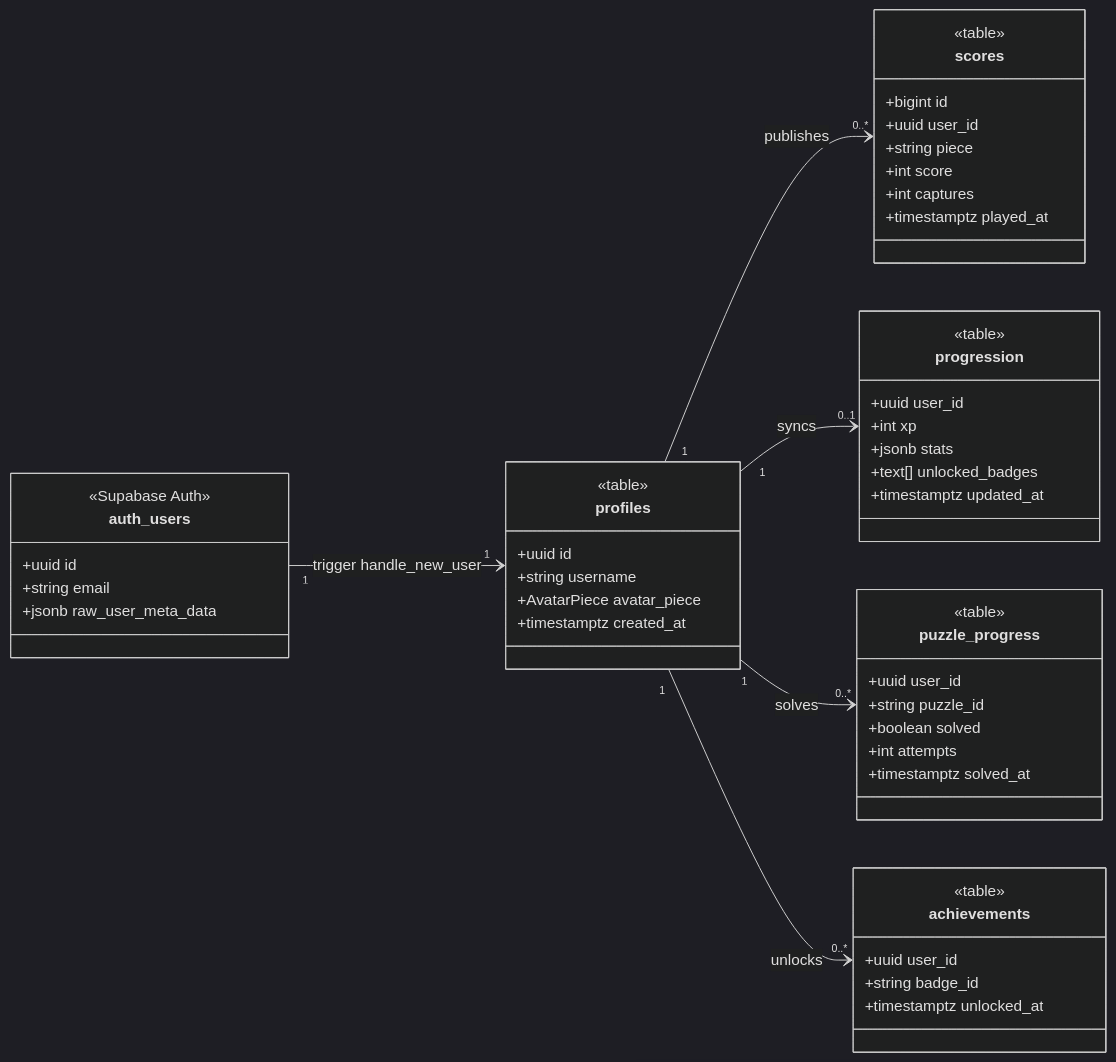
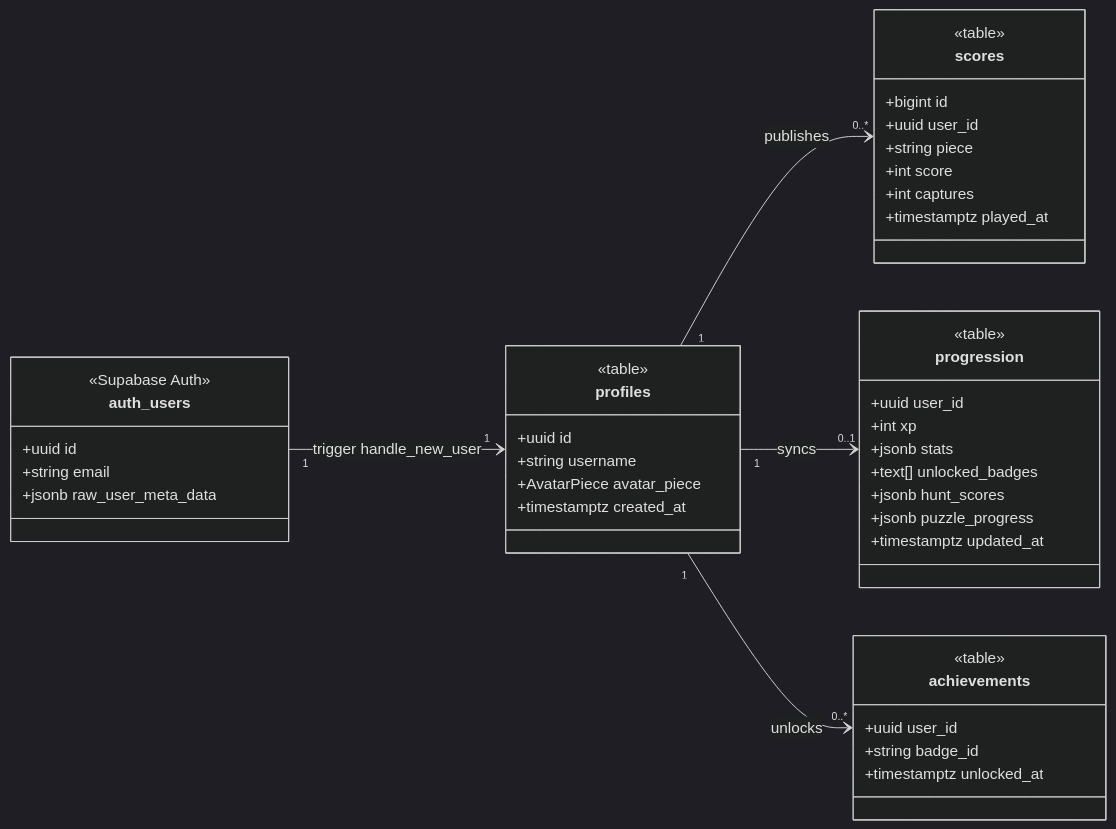
Before and after one commit to Amayyas/ChessTrainer: the fourth of 4 diagrams in docs/architecture.md, drawn with Mermaid (dark theme). The commit also changed other lines of this file and 3 other files, not shown here.

````diff
--- a/docs/architecture.md
+++ b/docs/architecture.md
@@ -352,60 +373,52 @@
 ```mermaid
 classDiagram
     direction LR
 
     class auth_users {
         <<Supabase Auth>>
         +uuid id
         +string email
         +jsonb raw_user_meta_data
     }
 
     class profiles {
         <<table>>
         +uuid id
         +string username
         +AvatarPiece avatar_piece
         +timestamptz created_at
     }
 
     class scores {
         <<table>>
         +bigint id
         +uuid user_id
         +string piece
         +int score
         +int captures
         +timestamptz played_at
     }
 
     class progression {
         <<table>>
         +uuid user_id
         +int xp
         +jsonb stats
         +text[] unlocked_badges
+        +jsonb hunt_scores
+        +jsonb puzzle_progress
         +timestamptz updated_at
-    }
-
-    class puzzle_progress {
-        <<table>>
-        +uuid user_id
-        +string puzzle_id
-        +boolean solved
-        +int attempts
-        +timestamptz solved_at
     }
 
     class achievements {
         <<table>>
         +uuid user_id
         +string badge_id
         +timestamptz unlocked_at
     }
 
     auth_users "1" --> "1" profiles : trigger handle_new_user
     profiles "1" --> "0..*" scores : publishes
     profiles "1" --> "0..1" progression : syncs
-    profiles "1" --> "0..*" puzzle_progress : solves
     profiles "1" --> "0..*" achievements : unlocks
 ```
````
